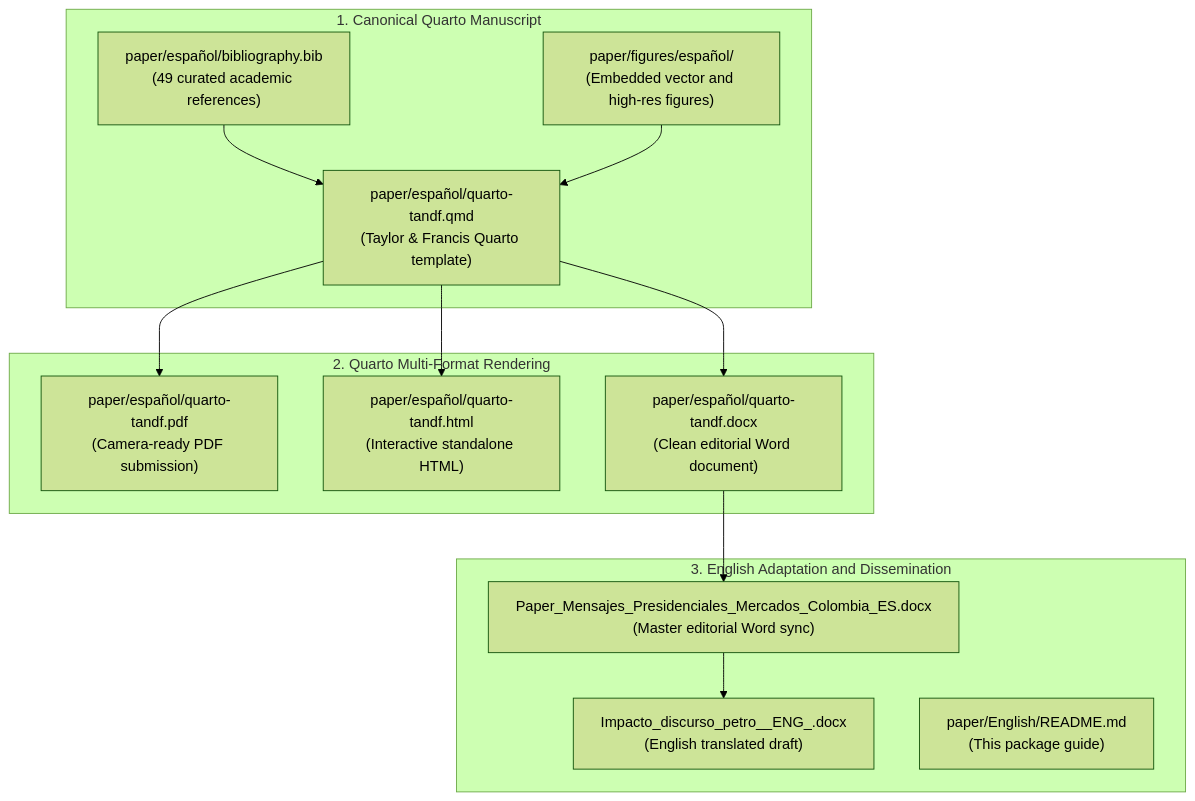
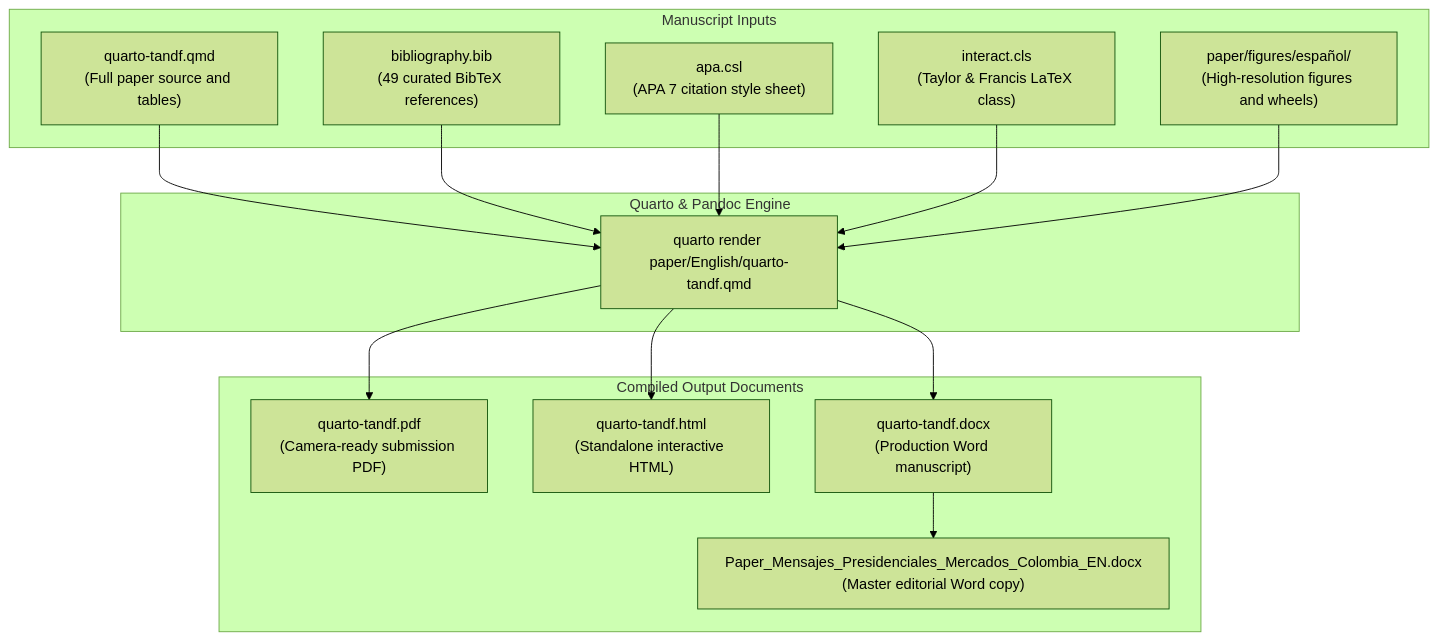
Before and after one commit to juanjo-edm/What_is_the_economic_impact_of_Colombian_President_tweets: the diagram in paper/English/README.md, drawn with Mermaid (forest theme). The commit also changed other lines of this file and 19 other files, not shown here.

First line of the commit message:
feat(paper): implement canonical English manuscript and Quarto compilation suite

````diff
--- a/paper/English/README.md
+++ b/paper/English/README.md
@@ -11,29 +11,32 @@
 ```mermaid
 flowchart TD
-    subgraph CanonicalSource ["1. Canonical Quarto Manuscript"]
-        QMD["paper/español/quarto-tandf.qmd<br/>(Taylor & Francis Quarto template)"]
-        BIB["paper/español/bibliography.bib<br/>(49 curated academic references)"]
-        FIGS["paper/figures/español/<br/>(Embedded vector and high-res figures)"]
+    subgraph ManuscriptInputs ["Manuscript Inputs"]
+        QMD["quarto-tandf.qmd<br/>(Full paper source and tables)"]
+        BIB["bibliography.bib<br/>(49 curated BibTeX references)"]
+        CSL["apa.csl<br/>(APA 7 citation style sheet)"]
+        CLS["interact.cls<br/>(Taylor & Francis LaTeX class)"]
+        FIGS["paper/figures/español/<br/>(High-resolution figures and wheels)"]
     end
 
-    subgraph CompilationEngine ["2. Quarto Multi-Format Rendering"]
-        PDF["paper/español/quarto-tandf.pdf<br/>(Camera-ready PDF submission)"]
-        HTML["paper/español/quarto-tandf.html<br/>(Interactive standalone HTML)"]
-        DOCX["paper/español/quarto-tandf.docx<br/>(Clean editorial Word document)"]
+    subgraph CompilationEngine ["Quarto & Pandoc Engine"]
+        RENDER["quarto render paper/English/quarto-tandf.qmd"]
     end
 
-    subgraph EnglishAssets ["3. English Adaptation and Dissemination"]
-        DOCX_ES["Paper_Mensajes_Presidenciales_Mercados_Colombia_ES.docx<br/>(Master editorial Word sync)"]
-        DOCX_EN["Impacto_discurso_petro__ENG_.docx<br/>(English translated draft)"]
-        README_EN["paper/English/README.md<br/>(This package guide)"]
+    subgraph CompiledOutputs ["Compiled Output Documents"]
+        PDF["quarto-tandf.pdf<br/>(Camera-ready submission PDF)"]
+        HTML["quarto-tandf.html<br/>(Standalone interactive HTML)"]
+        DOCX["quarto-tandf.docx<br/>(Production Word manuscript)"]
+        DOCX_SYNC["Paper_Mensajes_Presidenciales_Mercados_Colombia_EN.docx<br/>(Master editorial Word copy)"]
     end
 
-    QMD --> PDF
-    QMD --> HTML
-    QMD --> DOCX
-    BIB --> QMD
-    FIGS --> QMD
+    QMD --> RENDER
+    BIB --> RENDER
+    CSL --> RENDER
+    CLS --> RENDER
+    FIGS --> RENDER
 
-    DOCX --> DOCX_ES
-    DOCX_ES --> DOCX_EN
+    RENDER --> PDF
+    RENDER --> HTML
+    RENDER --> DOCX
+    DOCX --> DOCX_SYNC
 ```
````
